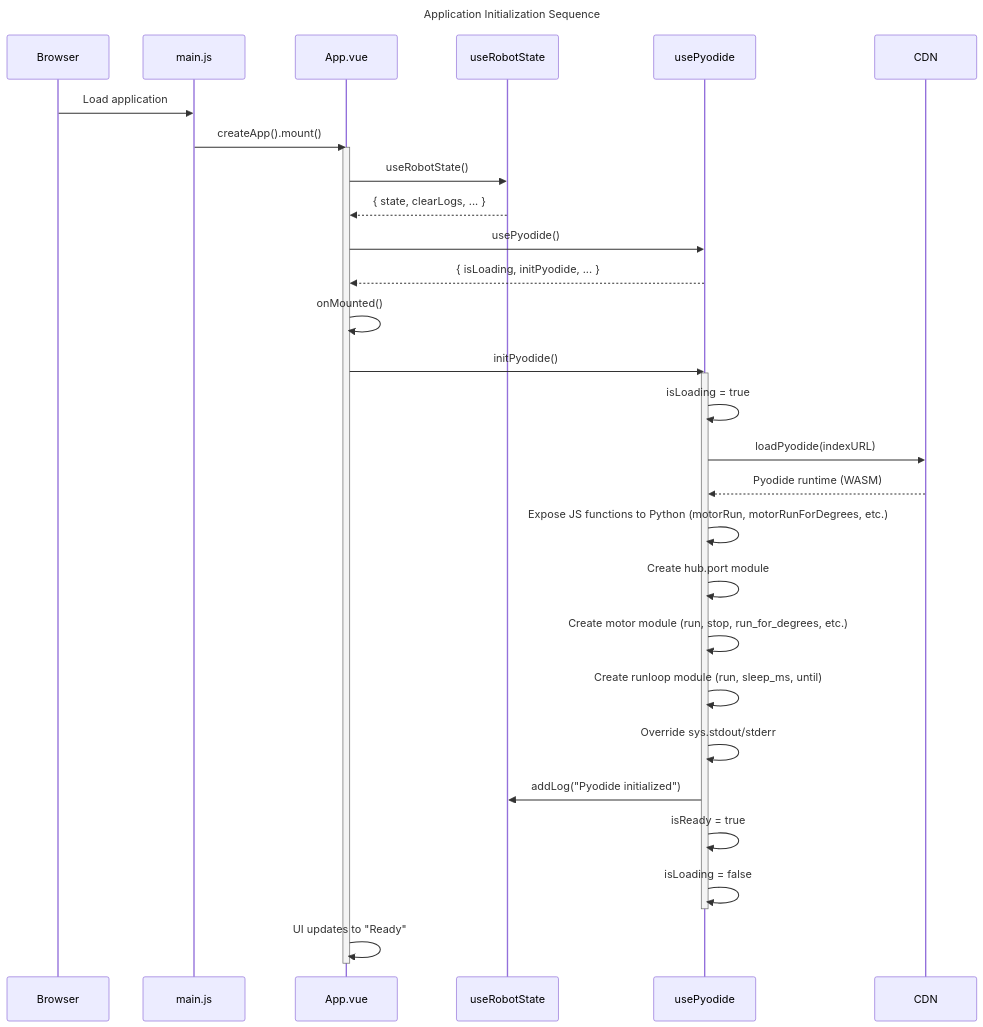
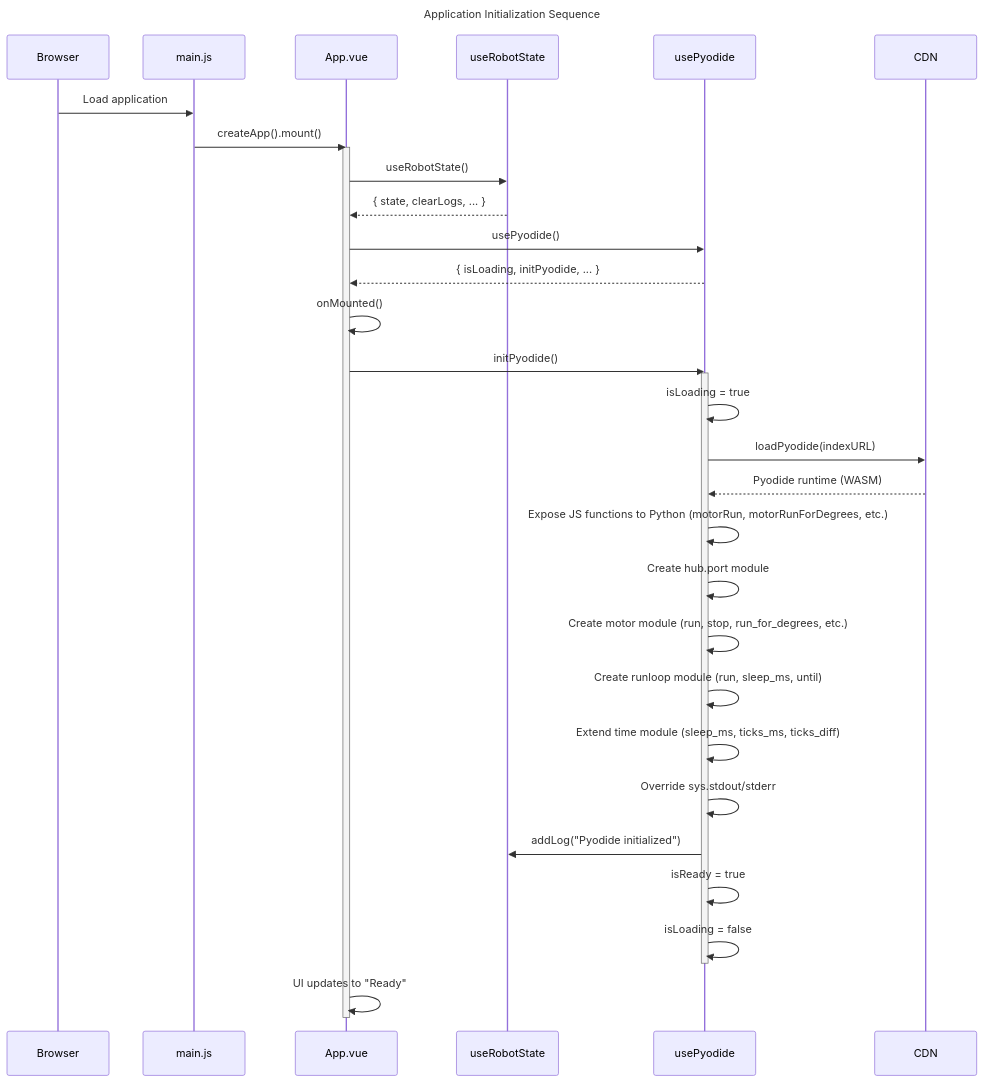
Before and after one commit to amanshaikh75/lego_spike_robot_simulator: the second of 7 diagrams in docs/code_description.md, drawn with Mermaid. The commit also changed other lines of this file, not shown here.

First line of the commit message:
Update code_description.md with time module extensions

````diff
--- a/docs/code_description.md
+++ b/docs/code_description.md
@@ -180,42 +188,43 @@
 ```mermaid
 sequenceDiagram
     title Application Initialization Sequence
     participant Browser
     participant Main as main.js
     participant App as App.vue
     participant State as useRobotState
     participant Pyodide as usePyodide
     participant CDN
 
     Browser->>Main: Load application
     Main->>App: createApp().mount()
     activate App
 
     App->>State: useRobotState()
     State-->>App: { state, clearLogs, ... }
 
     App->>Pyodide: usePyodide()
     Pyodide-->>App: { isLoading, initPyodide, ... }
 
     App->>App: onMounted()
     App->>Pyodide: initPyodide()
     activate Pyodide
 
     Pyodide->>Pyodide: isLoading = true
     Pyodide->>CDN: loadPyodide(indexURL)
     CDN-->>Pyodide: Pyodide runtime (WASM)
 
     Pyodide->>Pyodide: Expose JS functions to Python (motorRun, motorRunForDegrees, etc.)
     Pyodide->>Pyodide: Create hub.port module
     Pyodide->>Pyodide: Create motor module (run, stop, run_for_degrees, etc.)
     Pyodide->>Pyodide: Create runloop module (run, sleep_ms, until)
+    Pyodide->>Pyodide: Extend time module (sleep_ms, ticks_ms, ticks_diff)
     Pyodide->>Pyodide: Override sys.stdout/stderr
 
     Pyodide->>State: addLog("Pyodide initialized")
     Pyodide->>Pyodide: isReady = true
     Pyodide->>Pyodide: isLoading = false
     deactivate Pyodide
 
     App->>App: UI updates to "Ready"
     deactivate App
 ```
````
